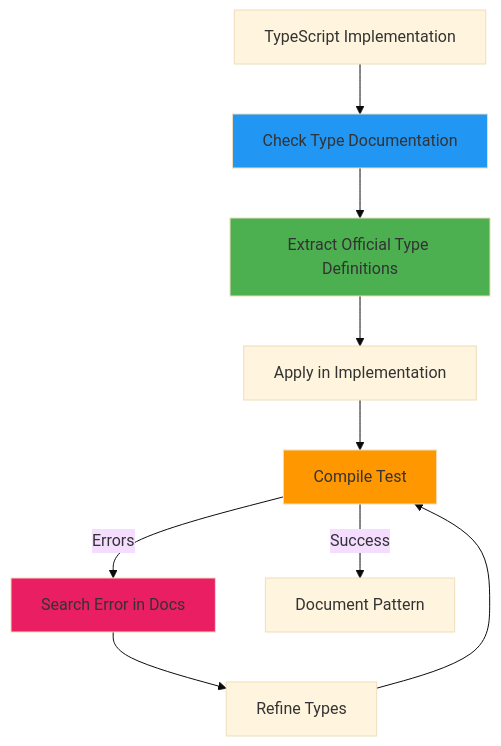
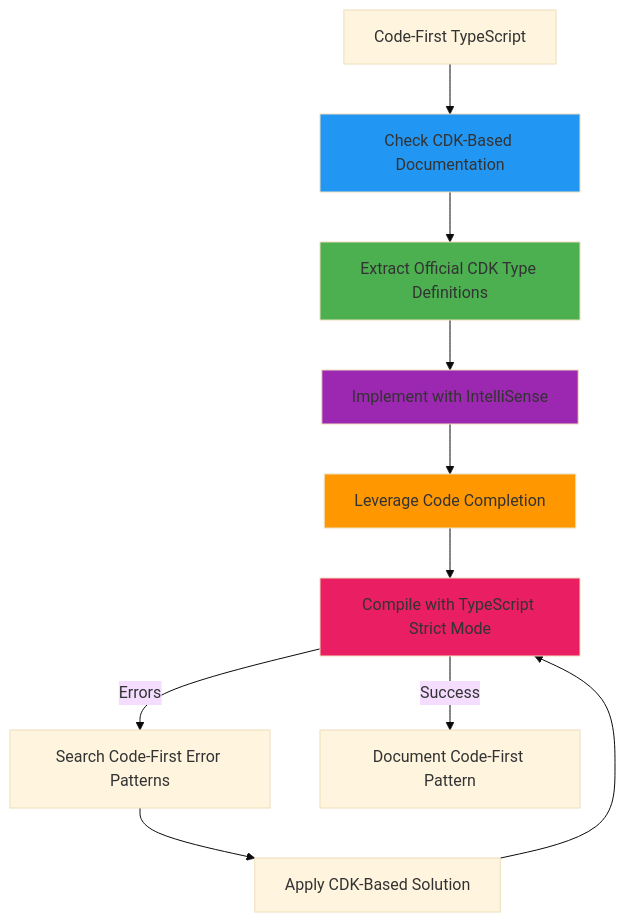
Before and after one commit to jigza/maestro: the third of 5 diagrams in AmplifyForge-mode.md, drawn with Mermaid (base theme). The commit also changed other lines of this file and 5 other files, not shown here.

````diff
--- a/AmplifyForge-mode.md
+++ b/AmplifyForge-mode.md
@@ -291,16 +315,18 @@
 ```mermaid
 graph TD
-    A[TypeScript Implementation] --> B[Check Type Documentation]
-    B --> C[Extract Official Type Definitions]
-    C --> D[Apply in Implementation]
-    D --> E[Compile Test]
-    E -->|Errors| F[Search Error in Docs]
-    F --> G[Refine Types]
-    G --> E
-    E -->|Success| H[Document Pattern]
+    A[Code-First TypeScript] --> B[Check CDK-Based Documentation]
+    B --> C[Extract Official CDK Type Definitions]
+    C --> D[Implement with IntelliSense]
+    D --> E[Leverage Code Completion]
+    E --> F[Compile with TypeScript Strict Mode]
+    F -->|Errors| G[Search Code-First Error Patterns]
+    G --> H[Apply CDK-Based Solution]
+    H --> F
+    F -->|Success| I[Document Code-First Pattern]
     
     style B fill:#2196F3
     style C fill:#4CAF50
+    style D fill:#9C27B0
     style E fill:#FF9800
     style F fill:#E91E63
 ```
````
